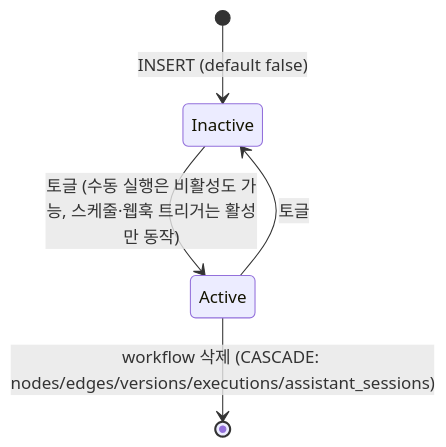
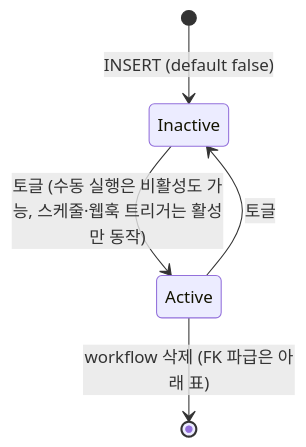
Before and after one commit to worker-ants/clemvion: the third of 3 diagrams in spec/data-flow/11-workflow.md, drawn with Mermaid. The commit also changed other lines of this file and 14 other files, not shown here.

````diff
--- a/spec/data-flow/11-workflow.md
+++ b/spec/data-flow/11-workflow.md
@@ -181,7 +181,7 @@
 ```mermaid
 stateDiagram-v2
   [*] --> Inactive: INSERT (default false)
   Inactive --> Active: 토글 (수동 실행은 비활성도 가능, 스케줄·웹훅 트리거는 활성만 동작)
   Active --> Inactive: 토글
-  Active --> [*]: workflow 삭제 (CASCADE: nodes/edges/versions/executions/assistant_sessions)
+  Active --> [*]: workflow 삭제 (FK 파급은 아래 표)
 ```
````
